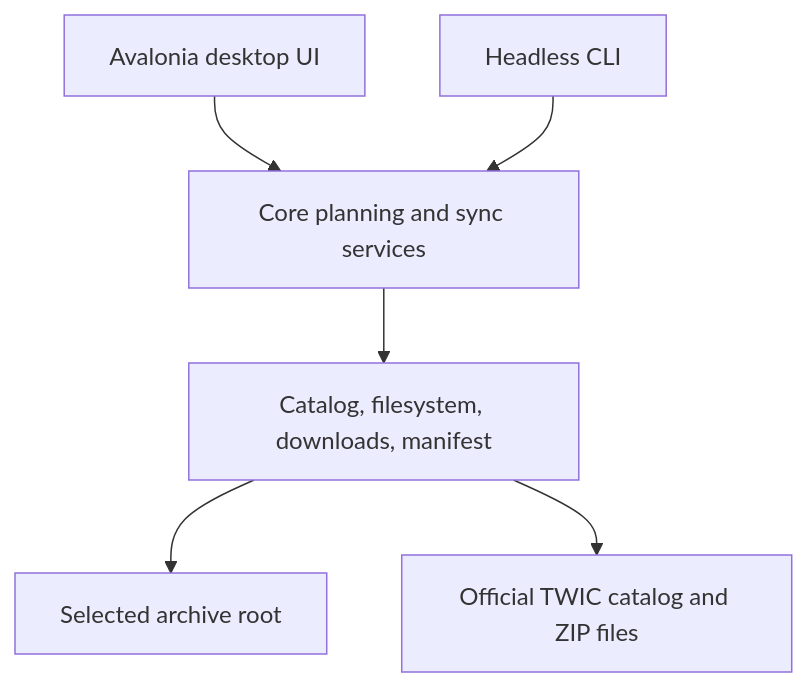
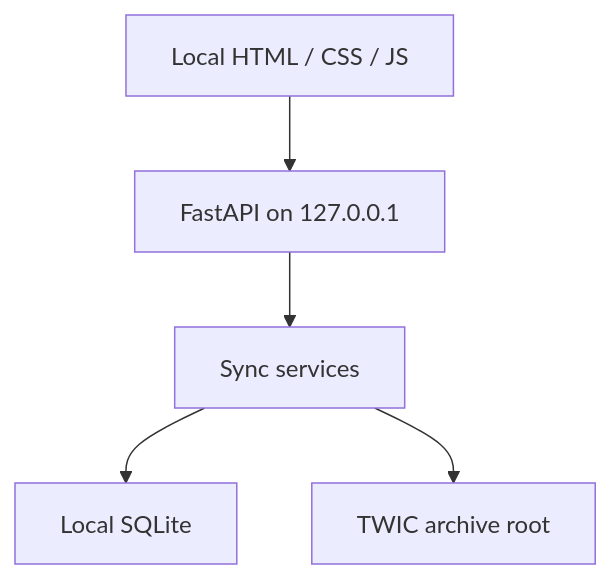
The diagram in docs/architecture.md (codeguy-jv2080/twic-archive-manager), drawn with Mermaid before and after one commit. The commit also changed other lines of this file and 34 other files, not shown here.

Commit message:
Replace .NET starter with FastAPI and SQLite

````diff
--- a/docs/architecture.md
+++ b/docs/architecture.md
@@ -5,8 +5,7 @@
 ```mermaid
 flowchart TD
-  App["Avalonia desktop UI"] --> Core["Core planning and sync services"]
-  Cli["Headless CLI"] --> Core
-  Core --> Infra["Catalog, filesystem, downloads, manifest"]
-  Infra --> Root["Selected archive root"]
-  Infra --> Twic["Official TWIC catalog and ZIP files"]
+  UI["Local HTML / CSS / JS"] --> API["FastAPI on 127.0.0.1"]
+  API --> Services["Sync services"]
+  Services --> DB["Local SQLite"]
+  Services --> Files["TWIC archive root"]
 ```
````
